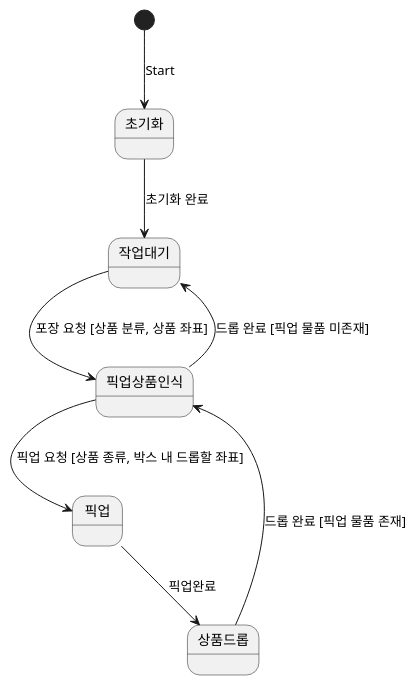
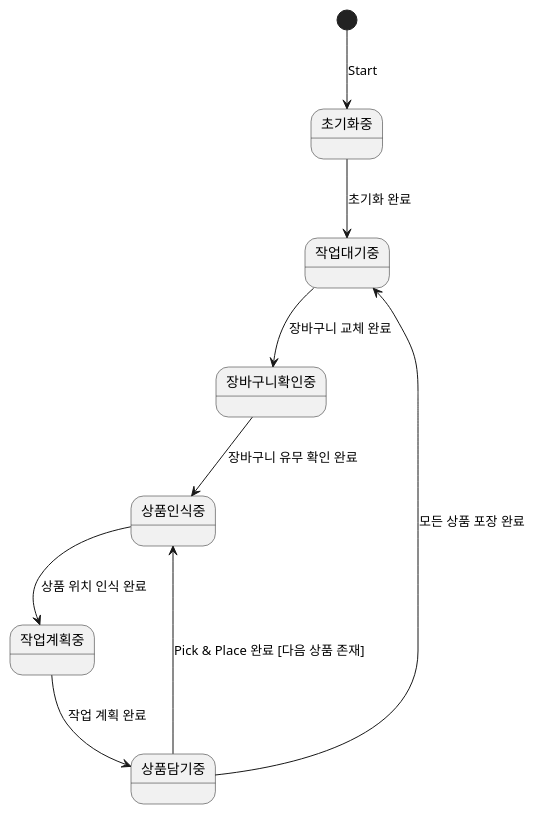
Before and after one commit to addinedu-roscamp-7th/roscamp-repo-1: the diagram in docs/StateDiagram/StateDiagram_Packee.md, drawn with PlantUML. The commit also changed 2 other files, not shown here.

```diff
--- a/docs/StateDiagram/StateDiagram_Packee.md
+++ b/docs/StateDiagram/StateDiagram_Packee.md
@@ -1,11 +1,12 @@
 @startuml
-[*] --> 초기화 : Start
+[*] --> 초기화중 : Start
 
-초기화 --> 작업대기 : 초기화 완료
-작업대기 --> 픽업상품인식 : 포장 요청 [상품 분류, 상품 좌표]
-픽업상품인식 --> 픽업 : 픽업 요청 [상품 종류, 박스 내 드롭할 좌표]
-픽업 --> 상품드롭 : 픽업완료
-상품드롭 --> 픽업상품인식 : 드롭 완료 [픽업 물품 존재]
-픽업상품인식 --> 작업대기 : 드롭 완료 [픽업 물품 미존재]
+초기화중 --> 작업대기중 : 초기화 완료
+작업대기중 --> 장바구니확인중 : 장바구니 교체 완료
+장바구니확인중 --> 상품인식중 : 장바구니 유무 확인 완료
+상품인식중 --> 작업계획중 : 상품 위치 인식 완료
+작업계획중 --> 상품담기중 : 작업 계획 완료
+상품담기중 --> 상품인식중 : Pick & Place 완료 [다음 상품 존재]
+상품담기중 --> 작업대기중 : 모든 상품 포장 완료
 
 @enduml
```
